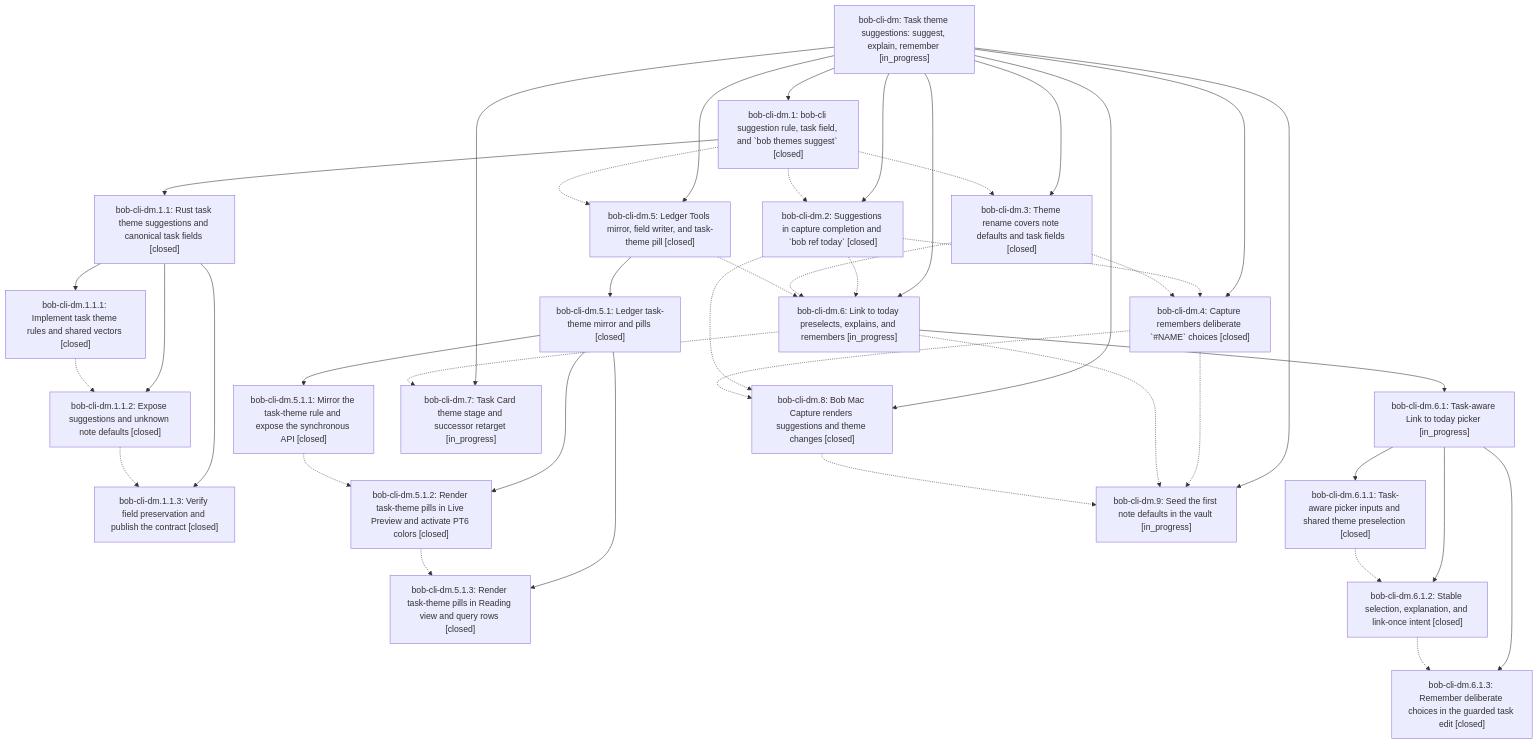
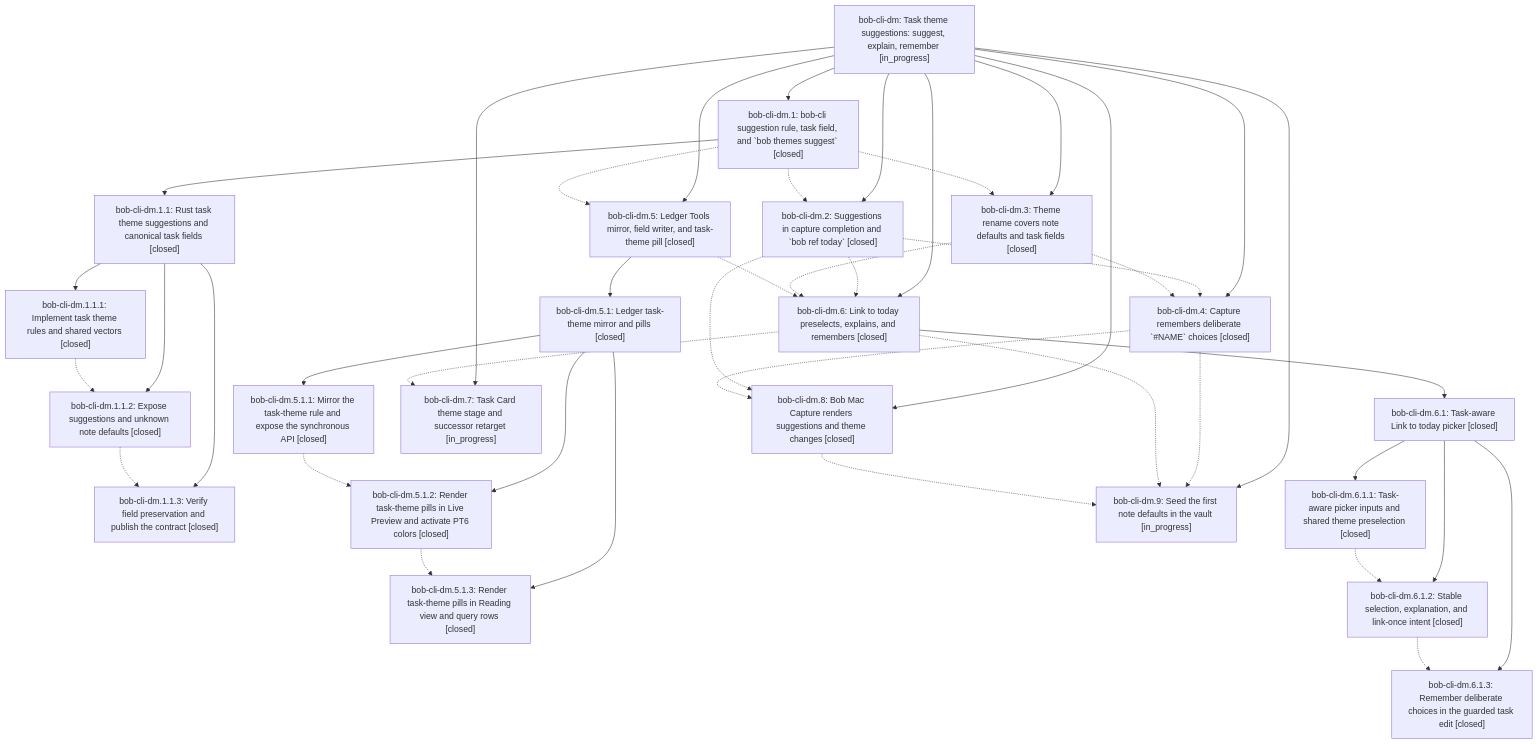
Before and after one commit to bobs-org/bob-cli--beads: the diagram in pages/bob-cli-dm/README.md, drawn with Mermaid. The commit also changed other lines of this file and 8 other files, not shown here.

First line of the commit message:
chore(beads): sync bead state and pages for bob-cli-dm

````diff
--- a/pages/bob-cli-dm/README.md
+++ b/pages/bob-cli-dm/README.md
@@ -44,66 +44,66 @@
 ```mermaid
 flowchart TD
     n0["bob-cli-dm: Task theme suggestions: suggest, explain, remember [in_progress]"]
     n1["bob-cli-dm.1: bob-cli suggestion rule, task field, and `bob themes suggest` [closed]"]
     n2["bob-cli-dm.1.1: Rust task theme suggestions and canonical task fields [closed]"]
     n3["bob-cli-dm.1.1.1: Implement task theme rules and shared vectors [closed]"]
     n4["bob-cli-dm.1.1.2: Expose suggestions and unknown note defaults [closed]"]
     n5["bob-cli-dm.1.1.3: Verify field preservation and publish the contract [closed]"]
     n6["bob-cli-dm.2: Suggestions in capture completion and `bob ref today` [closed]"]
     n7["bob-cli-dm.3: Theme rename covers note defaults and task fields [closed]"]
     n8["bob-cli-dm.4: Capture remembers deliberate `#NAME` choices [closed]"]
     n9["bob-cli-dm.5: Ledger Tools mirror, field writer, and task-theme pill [closed]"]
     n10["bob-cli-dm.5.1: Ledger task-theme mirror and pills [closed]"]
     n11["bob-cli-dm.5.1.1: Mirror the task-theme rule and expose the synchronous API [closed]"]
     n12["bob-cli-dm.5.1.2: Render task-theme pills in Live Preview and activate PT6 colors [closed]"]
     n13["bob-cli-dm.5.1.3: Render task-theme pills in Reading view and query rows [closed]"]
-    n14["bob-cli-dm.6: Link to today preselects, explains, and remembers [in_progress]"]
-    n15["bob-cli-dm.6.1: Task-aware Link to today picker [in_progress]"]
+    n14["bob-cli-dm.6: Link to today preselects, explains, and remembers [closed]"]
+    n15["bob-cli-dm.6.1: Task-aware Link to today picker [closed]"]
     n16["bob-cli-dm.6.1.1: Task-aware picker inputs and shared theme preselection [closed]"]
     n17["bob-cli-dm.6.1.2: Stable selection, explanation, and link-once intent [closed]"]
     n18["bob-cli-dm.6.1.3: Remember deliberate choices in the guarded task edit [closed]"]
     n19["bob-cli-dm.7: Task Card theme stage and successor retarget [in_progress]"]
     n20["bob-cli-dm.8: Bob Mac Capture renders suggestions and theme changes [closed]"]
     n21["bob-cli-dm.9: Seed the first note defaults in the vault [in_progress]"]
     n0 --> n1
     n1 --> n2
     n2 --> n3
     n2 --> n4
     n2 --> n5
     n0 --> n6
     n0 --> n7
     n0 --> n8
     n0 --> n9
     n9 --> n10
     n10 --> n11
     n10 --> n12
     n10 --> n13
     n0 --> n14
     n14 --> n15
     n15 --> n16
     n15 --> n17
     n15 --> n18
     n0 --> n19
     n0 --> n20
     n0 --> n21
     n1 -.-> n6
     n1 -.-> n7
     n1 -.-> n9
     n3 -.-> n4
     n4 -.-> n5
     n6 -.-> n8
     n6 -.-> n14
     n6 -.-> n20
     n7 -.-> n8
     n7 -.-> n14
     n8 -.-> n20
     n8 -.-> n21
     n9 -.-> n14
     n11 -.-> n12
     n12 -.-> n13
     n14 -.-> n19
     n14 -.-> n21
     n16 -.-> n17
     n17 -.-> n18
     n20 -.-> n21
 ```
````
